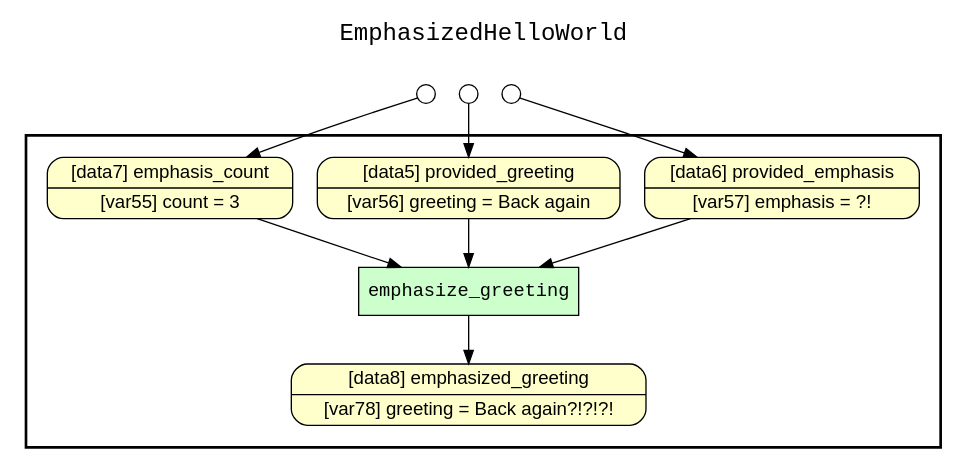
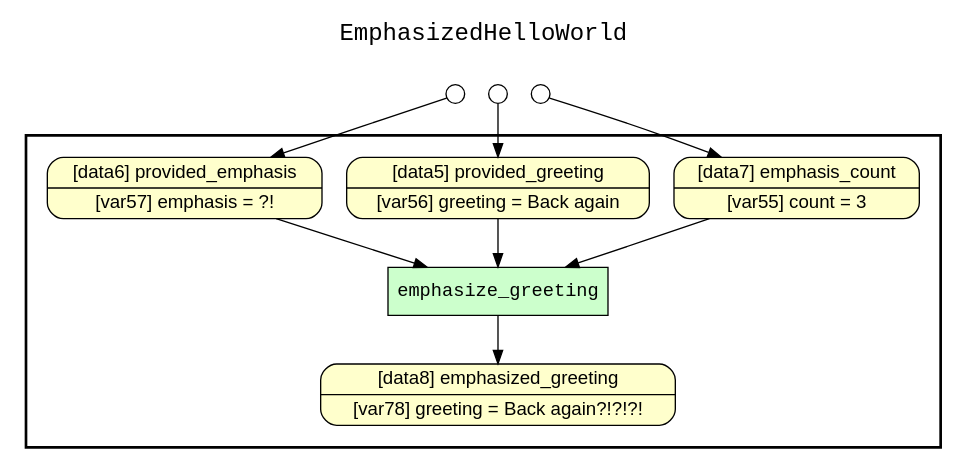
The diagram in examples/05_emphasis_function/yw_nw_retrospective_lineage.gv (yesworkflow-org/yw-noworkflow), drawn with Graphviz before and after one commit. The commit also changed other lines of this file and 25 other files, not shown here.

```diff
--- a/examples/05_emphasis_function/yw_nw_retrospective_lineage.gv
+++ b/examples/05_emphasis_function/yw_nw_retrospective_lineage.gv
@@ -1,35 +1,35 @@
 
 digraph yw_data_view {
 rankdir=TB
 fontname=Courier; fontsize=18; labelloc=t
 label="EmphasizedHelloWorld"
 subgraph cluster_workflow { label=""; color=black; penwidth=2
 subgraph cluster_workflow_inner { label=""; color=white
 node[shape=box style="filled" fillcolor="#CCFFCC" peripheries=1 fontname=Courier]
 emphasize_greeting
 node[shape=box style="filled" fillcolor="#CCFFCC" peripheries=1 fontname=Courier]
 node[shape=box style="rounded,filled" fillcolor="#FFFFCC" peripheries=1 fontname=Helvetica]
 emphasized_greeting [shape=record rankdir=LR label="{<f0> [data8] emphasized_greeting |<f1> [var78] greeting = Back again?!?!?!}"]
+emphasis_count [shape=record rankdir=LR label="{<f0> [data7] emphasis_count |<f1> [var55] count = 3}"]
+provided_greeting [shape=record rankdir=LR label="{<f0> [data5] provided_greeting |<f1> [var56] greeting = Back again}"]
 provided_emphasis [shape=record rankdir=LR label="{<f0> [data6] provided_emphasis |<f1> [var57] emphasis = ?!}"]
-provided_greeting [shape=record rankdir=LR label="{<f0> [data5] provided_greeting |<f1> [var56] greeting = Back again}"]
-emphasis_count [shape=record rankdir=LR label="{<f0> [data7] emphasis_count |<f1> [var55] count = 3}"]
 }}
 subgraph cluster_inflows { label=""; color=white; penwidth=2
 subgraph cluster_inflows_inner { label=""; color=white
 node[shape=circle fillcolor="#FFFFFF" peripheries=1 width=0.2]
 provided_greeting_inflow [label=""]
 provided_emphasis_inflow [label=""]
 emphasis_count_inflow [label=""]
 }}
 subgraph cluster_outflows { label=""; color=white; penwidth=2
 subgraph cluster_outflows_inner { label=""; color=white
 node[shape=circle fillcolor="#FFFFFF" peripheries=1 width=0.2]
 }}
 emphasis_count -> emphasize_greeting
 provided_emphasis -> emphasize_greeting
 provided_greeting -> emphasize_greeting
 emphasize_greeting -> emphasized_greeting
 provided_greeting_inflow -> provided_greeting
 provided_emphasis_inflow -> provided_emphasis
 emphasis_count_inflow -> emphasis_count
 }
```
